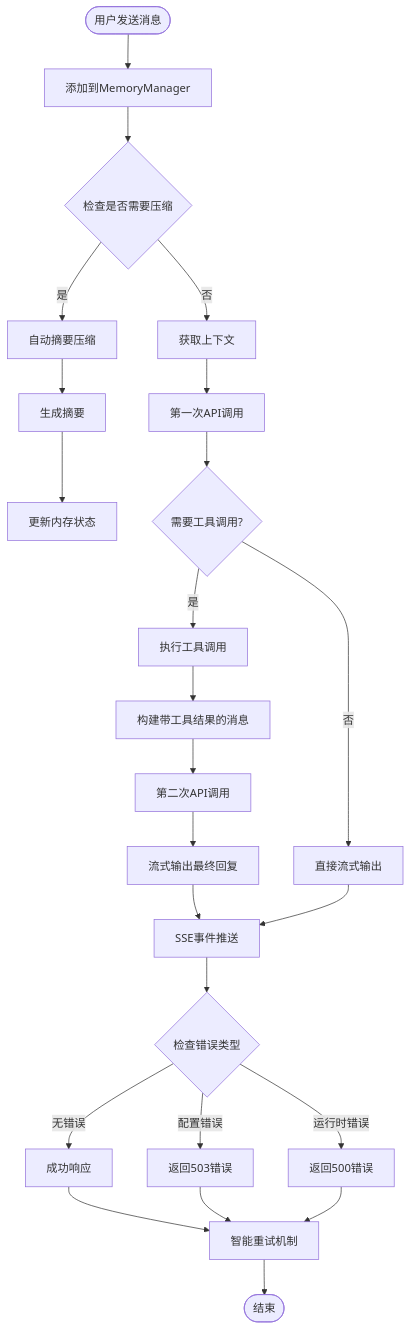
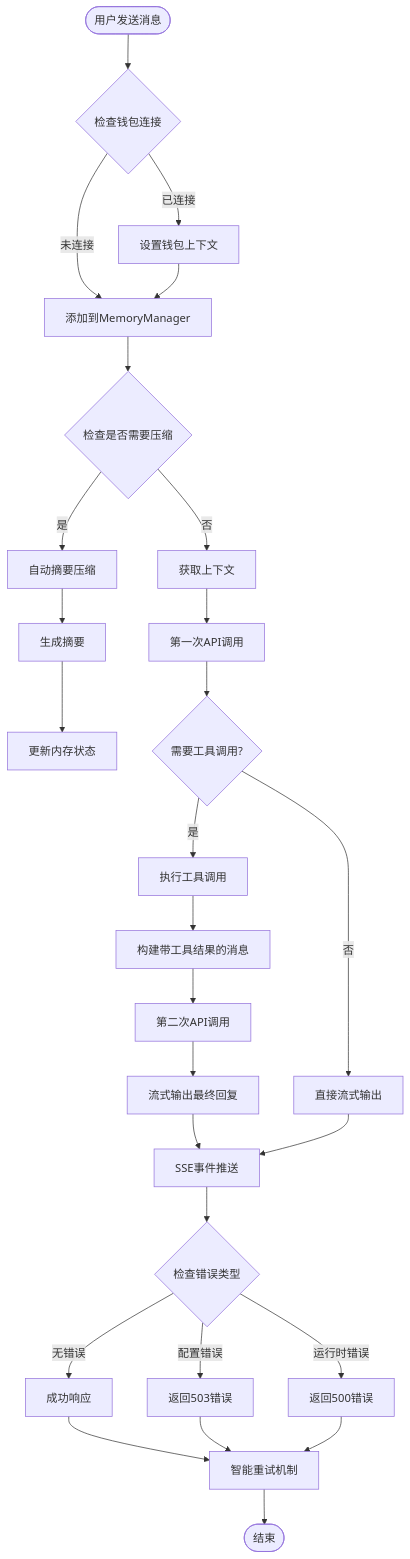
The third of 27 diagrams in .qoder/repowiki/zh/content/核心技能详解/SSE流式聊天系统.md (CryptoLinxu/Web3-AI-Agent), drawn with Mermaid before and after one commit. The commit also changed other lines of this file and 11 other files, not shown here.

````diff
--- a/.qoder/repowiki/zh/content/核心技能详解/SSE流式聊天系统.md
+++ b/.qoder/repowiki/zh/content/核心技能详解/SSE流式聊天系统.md
@@ -195,26 +227,29 @@
 ```mermaid
 flowchart TD
-Start([用户发送消息]) --> AddToMemory[添加到MemoryManager]
+Start([用户发送消息]) --> CheckWallet{检查钱包连接}
+CheckWallet --> |已连接| SetContext[设置钱包上下文]
+CheckWallet --> |未连接| AddToMemory[添加到MemoryManager]
+SetContext --> AddToMemory
 AddToMemory --> CheckCompress{检查是否需要压缩}
 CheckCompress --> |是| AutoCompress[自动摘要压缩]
 AutoCompress --> GenerateSummary[生成摘要]
 GenerateSummary --> UpdateState[更新内存状态]
 CheckCompress --> |否| GetContext[获取上下文]
 GetContext --> FirstCall[第一次API调用]
 FirstCall --> NeedTools{需要工具调用?}
 NeedTools --> |是| ExecuteTools[执行工具调用]
 ExecuteTools --> BuildMessages[构建带工具结果的消息]
 BuildMessages --> SecondCall[第二次API调用]
 SecondCall --> StreamFinal[流式输出最终回复]
 NeedTools --> |否| DirectStream[直接流式输出]
 StreamFinal --> SSEOutput[SSE事件推送]
 DirectStream --> SSEOutput
 SSEOutput --> ErrorCheck{检查错误类型}
 ErrorCheck --> |配置错误| ConfigError[返回503错误]
 ErrorCheck --> |运行时错误| RuntimeError[返回500错误]
 ErrorCheck --> |无错误| Success[成功响应]
 Success --> RetryMechanism[智能重试机制]
 ConfigError --> RetryMechanism
 RuntimeError --> RetryMechanism
 RetryMechanism --> End([结束])
 ```
````
